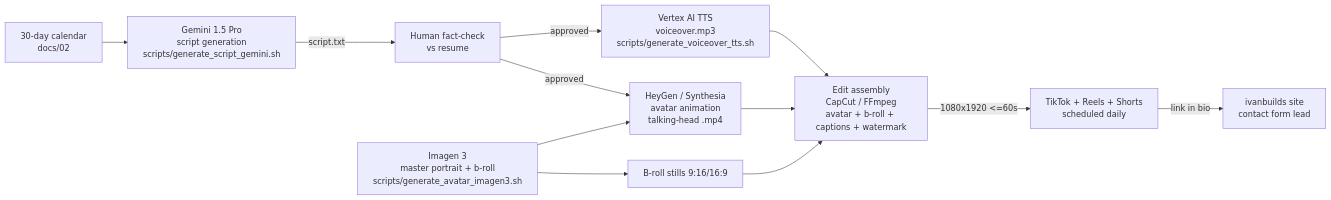
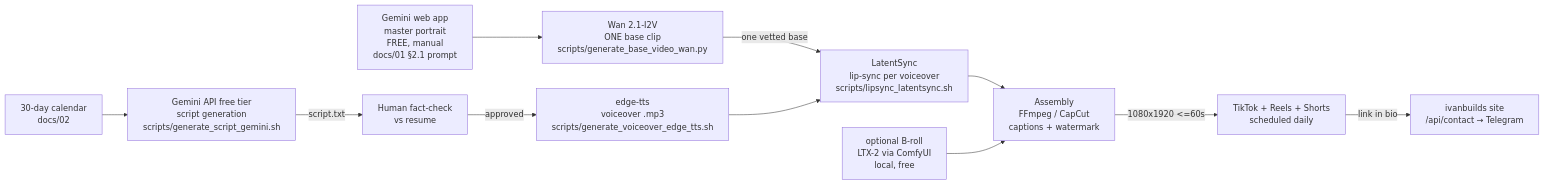
The diagram in docs/04_GENERATION_PIPELINE.md (hypertun/Persona1), drawn with Mermaid before and after one commit. The commit also changed other lines of this file and 7 other files, not shown here.

First line of the commit message:
feat(pipeline): free open-source generation stack — edge-tts + Wan 2.1-I2V + LatentSync

````diff
--- a/docs/04_GENERATION_PIPELINE.md
+++ b/docs/04_GENERATION_PIPELINE.md
@@ -11,14 +13,13 @@
 ```mermaid
 flowchart LR
-    A[30-day calendar<br/>docs/02] --> B[Gemini 1.5 Pro<br/>script generation<br/>scripts/generate_script_gemini.sh]
+    A[30-day calendar<br/>docs/02] --> B[Gemini API free tier<br/>script generation<br/>scripts/generate_script_gemini.sh]
     B -->|script.txt| C[Human fact-check<br/>vs resume]
-    C -->|approved| D[Vertex AI TTS<br/>voiceover.mp3<br/>scripts/generate_voiceover_tts.sh]
-    C -->|approved| E[HeyGen / Synthesia<br/>avatar animation<br/>talking-head .mp4]
-    F[Imagen 3<br/>master portrait + b-roll<br/>scripts/generate_avatar_imagen3.sh] --> E
-    F --> G[B-roll stills 9:16/16:9]
-    D --> H[Edit assembly<br/>CapCut / FFmpeg<br/>avatar + b-roll + captions + watermark]
-    E --> H
-    G --> H
-    H -->|1080x1920 <=60s| I[TikTok + Reels + Shorts<br/>scheduled daily]
-    I -->|link in bio| J[ivanbuilds site<br/>contact form lead]
+    C -->|approved| D[edge-tts<br/>voiceover .mp3<br/>scripts/generate_voiceover_edge_tts.sh]
+    E[Gemini web app<br/>master portrait<br/>FREE, manual<br/>docs/01 §2.1 prompt] --> F[Wan 2.1-I2V<br/>ONE base clip<br/>scripts/generate_base_video_wan.py]
+    F -->|one vetted base| G[LatentSync<br/>lip-sync per voiceover<br/>scripts/lipsync_latentsync.sh]
+    D --> G
+    G --> H[Assembly<br/>FFmpeg / CapCut<br/>captions + watermark]
+    I[optional B-roll<br/>LTX-2 via ComfyUI<br/>local, free] --> H
+    H -->|1080x1920 <=60s| J[TikTok + Reels + Shorts<br/>scheduled daily]
+    J -->|link in bio| K[ivanbuilds site<br/>/api/contact → Telegram]
 ```
````
